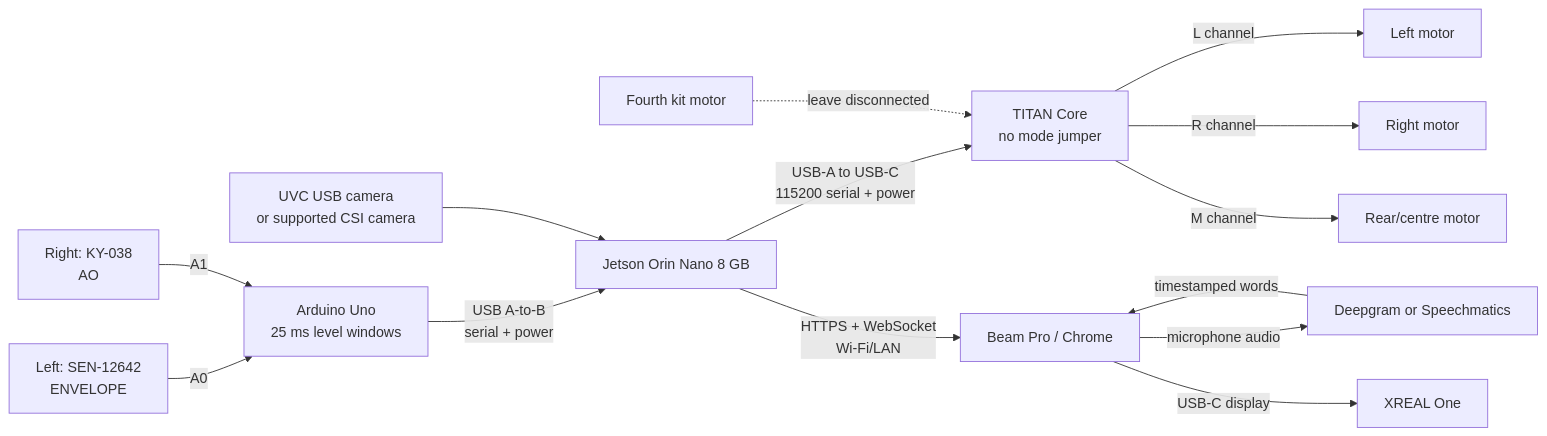
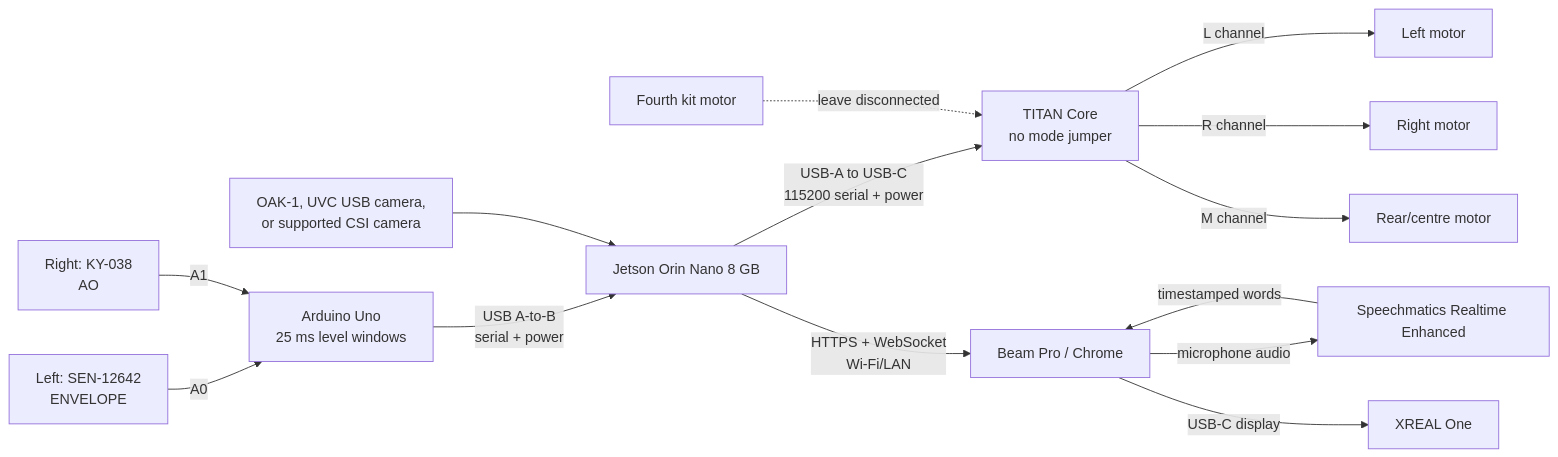
Before and after one commit to ElyTgy/htn-2026: the diagram in docs/JETSON_SETUP.md, drawn with Mermaid. The commit also changed other lines of this file and 34 other files, not shown here.

````diff
--- a/docs/JETSON_SETUP.md
+++ b/docs/JETSON_SETUP.md
@@ -26,18 +26,18 @@
 ```mermaid
 flowchart LR
     SEN["Left: SEN-12642<br/>ENVELOPE"] -->|A0| UNO["Arduino Uno<br/>25 ms level windows"]
     KY["Right: KY-038<br/>AO"] -->|A1| UNO
     UNO -->|"USB A-to-B<br/>serial + power"| J["Jetson Orin Nano 8 GB"]
 
-    CAM["UVC USB camera<br/>or supported CSI camera"] --> J
+    CAM["OAK-1, UVC USB camera,<br/>or supported CSI camera"] --> J
     J -->|"USB-A to USB-C<br/>115200 serial + power"| TITAN["TITAN Core<br/>no mode jumper"]
     TITAN -->|L channel| ML["Left motor"]
     TITAN -->|R channel| MR["Right motor"]
     TITAN -->|M channel| MM["Rear/centre motor"]
     FOURTH["Fourth kit motor"] -. "leave disconnected" .-> TITAN
 
     J -->|"HTTPS + WebSocket<br/>Wi-Fi/LAN"| BEAM["Beam Pro / Chrome"]
-    BEAM -->|"microphone audio"| STT["Deepgram or Speechmatics"]
+    BEAM -->|"microphone audio"| STT["Speechmatics Realtime Enhanced"]
     STT -->|"timestamped words"| BEAM
     BEAM -->|"USB-C display"| XREAL["XREAL One"]
 ```
````
